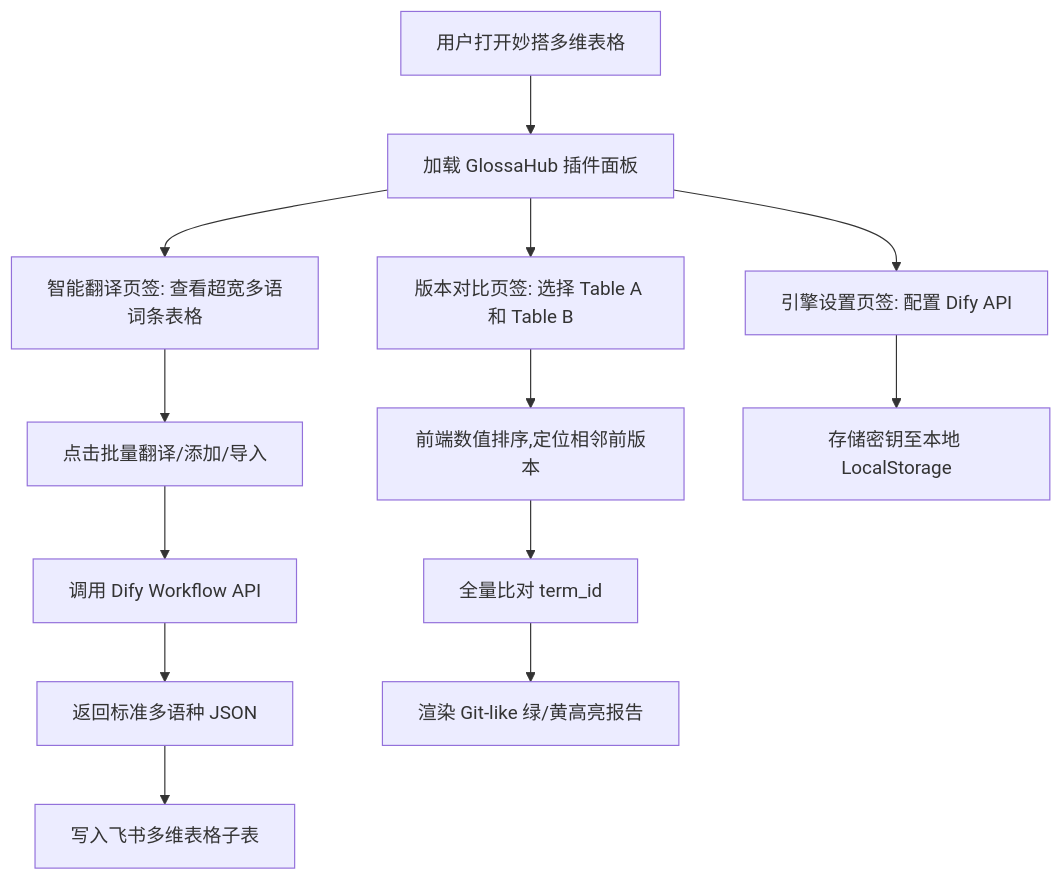
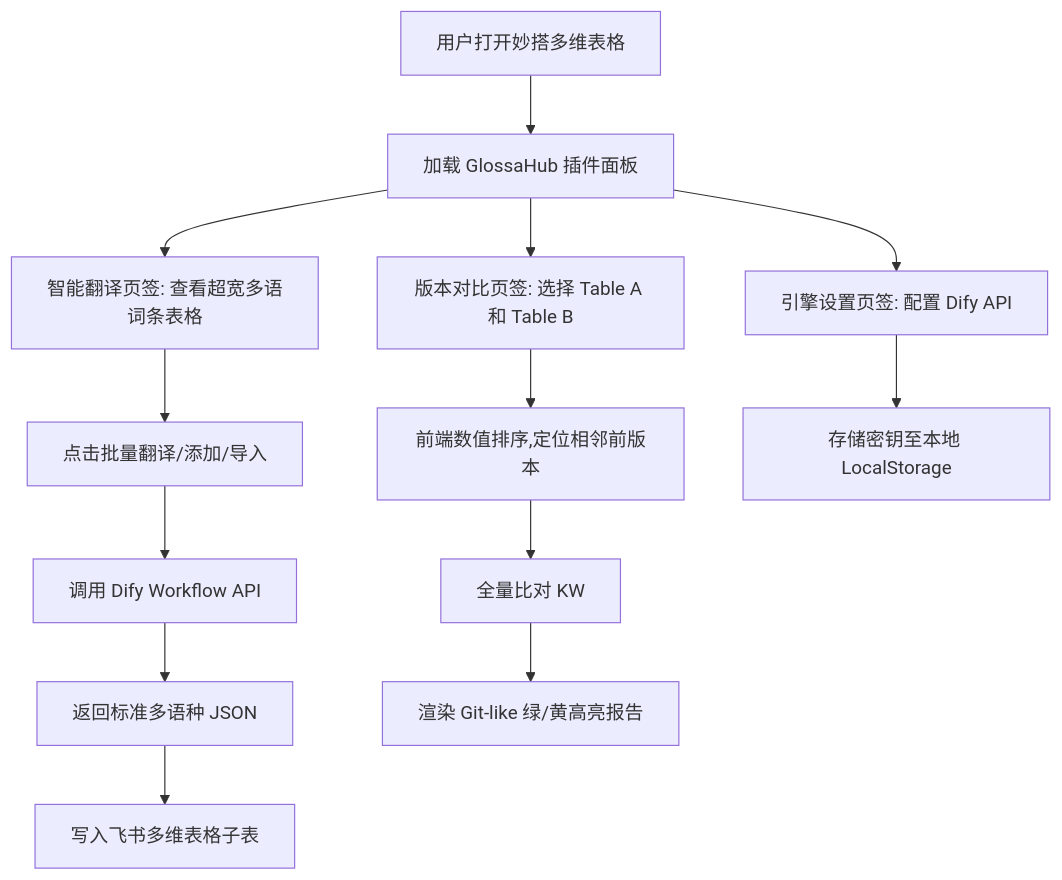
One commit to jiahao89/glossa-hub changed the diagram in design/PRD.md. Above: the diagram before and after it, drawn with Mermaid. The commit also changed other lines of this file and 20 other files, not shown here.

````diff
--- a/design/PRD.md
+++ b/design/PRD.md
@@ -27,15 +27,15 @@
 ```mermaid
 graph TD
     A[用户打开妙搭多维表格] --> B[加载 GlossaHub 插件面板]
     B --> C[智能翻译页签: 查看超宽多语词条表格]
     C --> D[点击批量翻译/添加/导入]
     D --> D1[调用 Dify Workflow API]
     D1 --> D2[返回标准多语种 JSON]
     D2 --> D3[写入飞书多维表格子表]
     B --> E[版本对比页签: 选择 Table A 和 Table B]
     E --> E1[前端数值排序,定位相邻前版本]
-    E1 --> E2[全量比对 term_id]
+    E1 --> E2[全量比对 KW]
     E2 --> E3[渲染 Git-like 绿/黄高亮报告]
     B --> F[引擎设置页签: 配置 Dify API]
     F --> F1[存储密钥至本地 LocalStorage]
 ```
````
